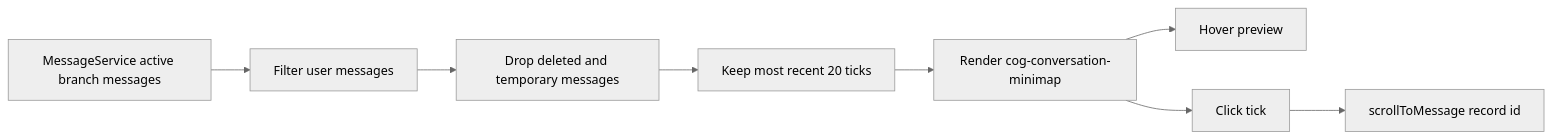
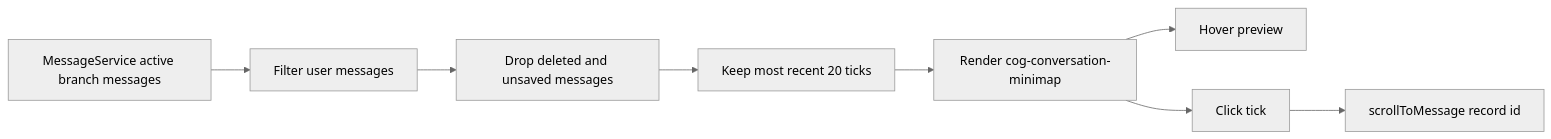
The first of 2 diagrams in docs/business_processes/conversation-minimap.md (cognos-io/chat.cognos.io), drawn with Mermaid (neutral theme) before and after one commit. The commit also changed other lines of this file and 67 other files, not shown here.

````diff
--- a/docs/business_processes/conversation-minimap.md
+++ b/docs/business_processes/conversation-minimap.md
@@ -15,10 +15,10 @@
 ```mermaid
 flowchart LR
   A[MessageService active branch messages] --> B[Filter user messages]
-  B --> C[Drop deleted and temporary messages]
+  B --> C[Drop deleted and unsaved messages]
   C --> D[Keep most recent 20 ticks]
   D --> E[Render cog-conversation-minimap]
   E --> F[Hover preview]
   E --> G[Click tick]
   G --> H[scrollToMessage record id]
 ```
````
